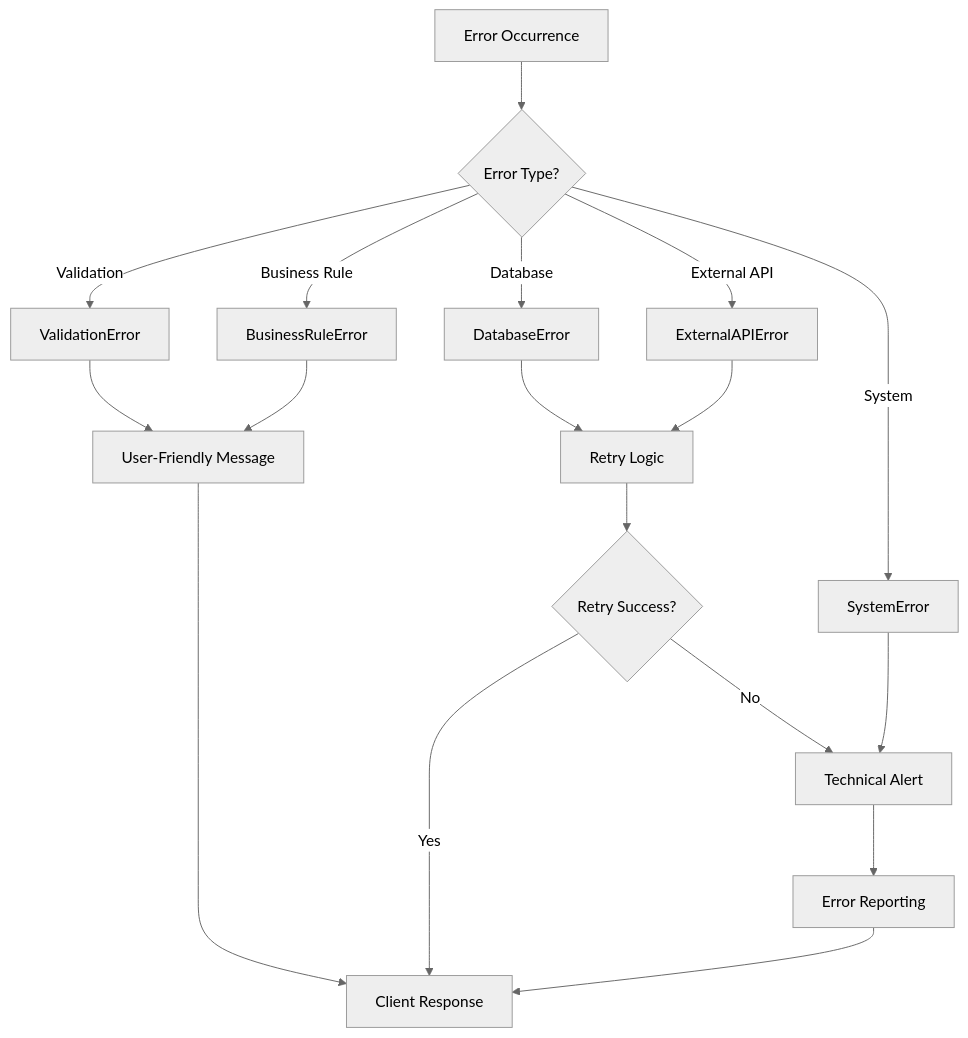
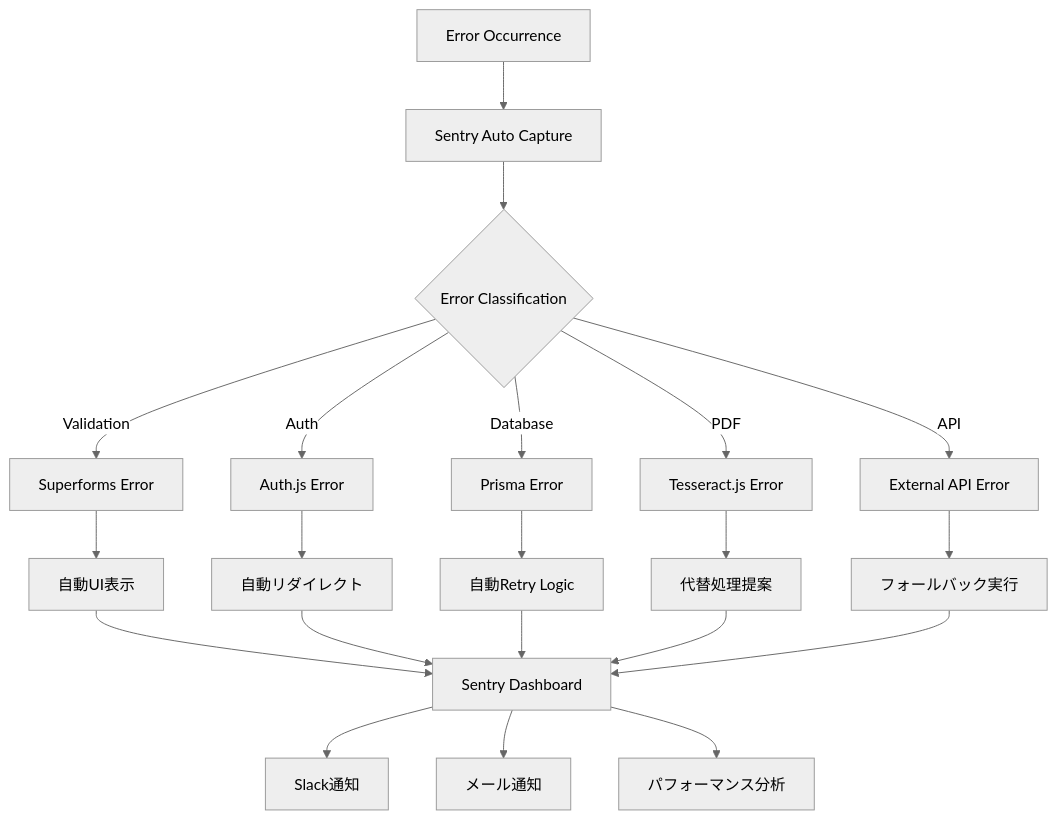
Before and after one commit to Tora29/salary-management: the fifth of 10 diagrams in docs/detailed-design/10-01_technical-design-overview.md, drawn with Mermaid (neutral theme). The commit also changed other lines of this file and 14 other files, not shown here.

````diff
--- a/docs/detailed-design/10-01_technical-design-overview.md
+++ b/docs/detailed-design/10-01_technical-design-overview.md
@@ -274,23 +404,28 @@
 ```mermaid
 flowchart TD
-    A[Error Occurrence] --> B{Error Type?}
-    
-    B -->|Validation| C[ValidationError]
-    B -->|Business Rule| D[BusinessRuleError]
-    B -->|Database| E[DatabaseError]
-    B -->|External API| F[ExternalAPIError]
-    B -->|System| G[SystemError]
-    
-    C --> H[User-Friendly Message]
-    D --> H
-    E --> I[Retry Logic]
-    F --> I
-    G --> J[Technical Alert]
-    
-    H --> K[Client Response]
-    I --> L{Retry Success?}
-    L -->|Yes| K
-    L -->|No| J
-    J --> M[Error Reporting]
-    M --> K
+    A[Error Occurrence] --> B[Sentry Auto Capture]
+
+    B --> C{Error Classification}
+
+    C -->|Validation| D[Superforms Error]
+    C -->|Auth| E[Auth.js Error]
+    C -->|Database| F[Prisma Error]
+    C -->|PDF| G[Tesseract.js Error]
+    C -->|API| H[External API Error]
+
+    D --> I[自動UI表示]
+    E --> J[自動リダイレクト]
+    F --> K[自動Retry Logic]
+    G --> L[代替処理提案]
+    H --> M[フォールバック実行]
+
+    I --> N[Sentry Dashboard]
+    J --> N
+    K --> N
+    L --> N
+    M --> N
+
+    N --> O[Slack通知]
+    N --> P[メール通知]
+    N --> Q[パフォーマンス分析]
 ```
````
